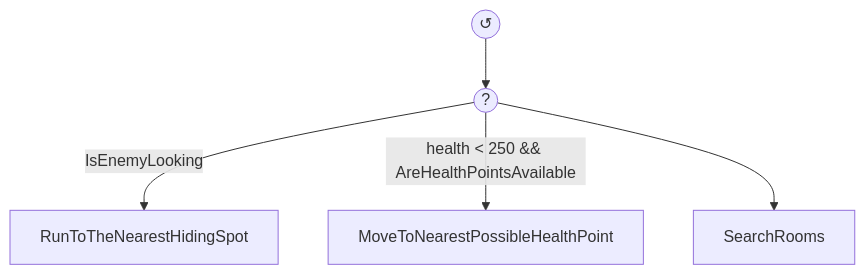
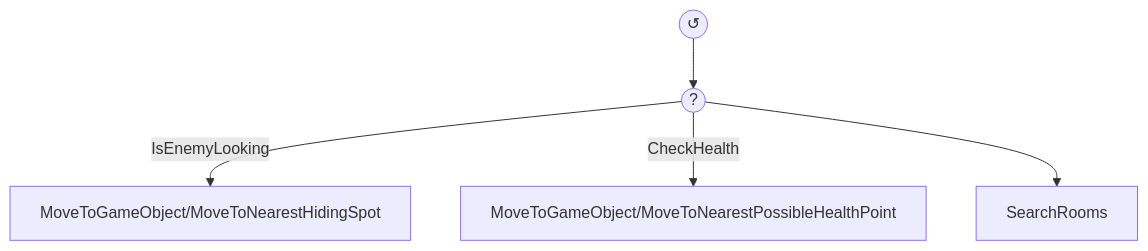
Before and after one commit to IAV24-G02/IAV24-G02-P3: the third of 4 diagrams in README.md, drawn with Mermaid. The commit also changed other lines of this file and 16 other files, not shown here.

````diff
--- a/README.md
+++ b/README.md
@@ -143,7 +143,7 @@
 ```mermaid
 flowchart TD
     A(("↺")) --> B((?))
-    B -->|IsEnemyLooking| C[RunToTheNearestHidingSpot]
-    B -->|health < 250 && AreHealthPointsAvailable| D[MoveToNearestPossibleHealthPoint]
+    B -->|IsEnemyLooking| C[MoveToGameObject/MoveToNearestHidingSpot]
+    B -->|CheckHealth| D[MoveToGameObject/MoveToNearestPossibleHealthPoint]
     B --> E[SearchRooms]
 ```
````
